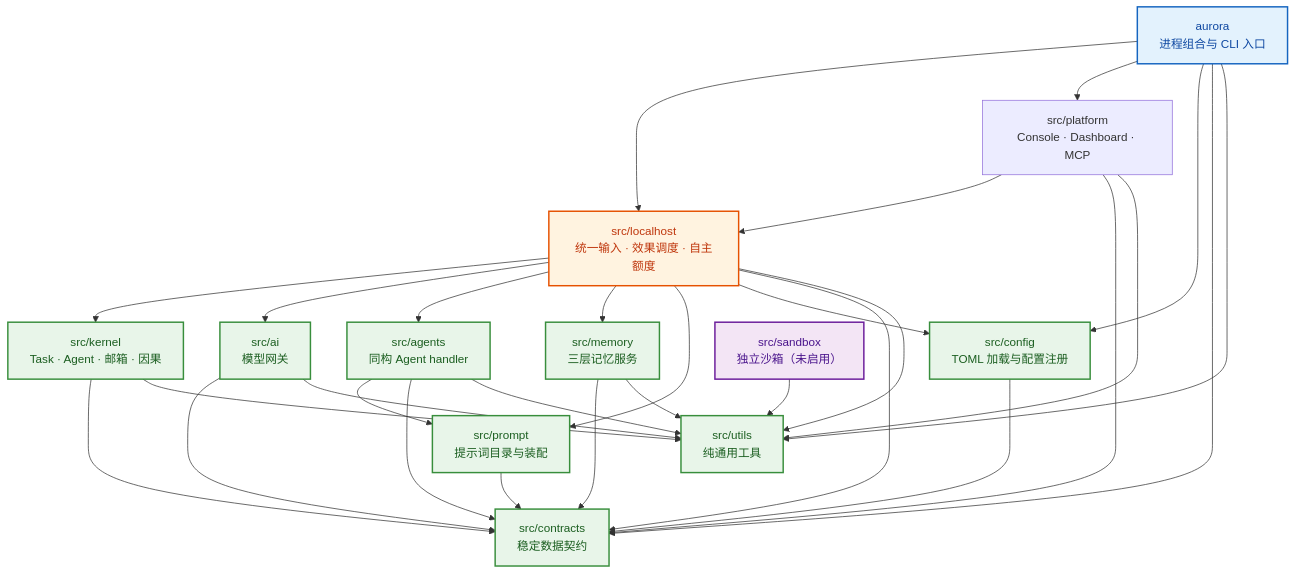
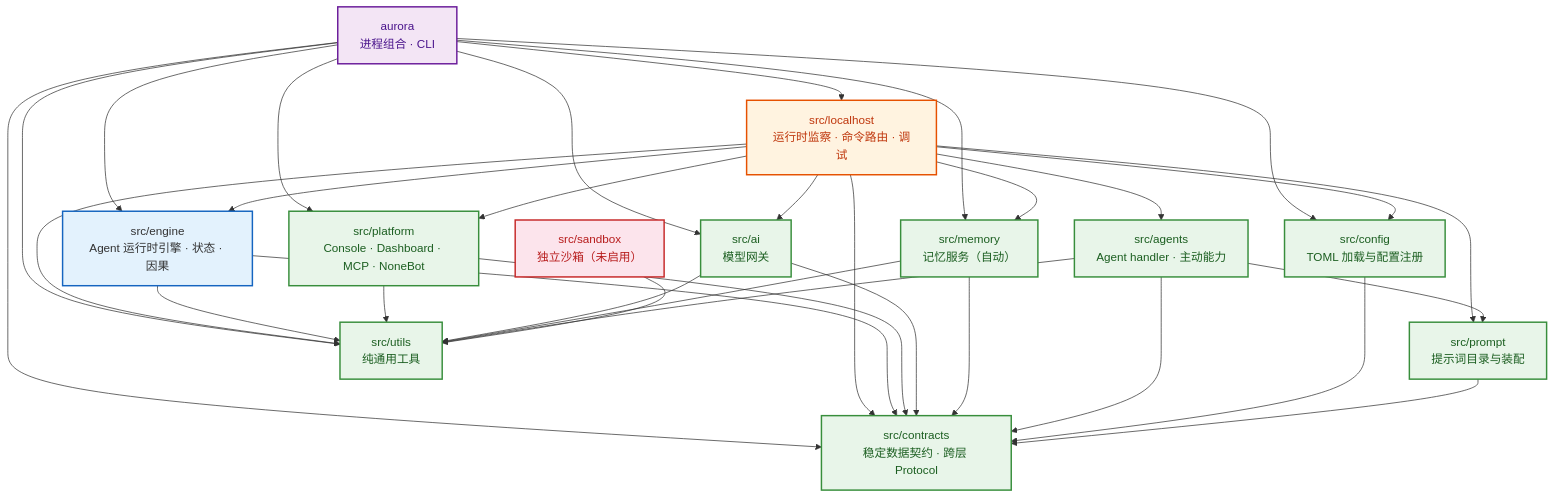
The diagram in ARCHITECTURE.md (AuroraBot-Dev/AuroraBot), drawn with Mermaid before and after one commit. The commit also changed other lines of this file and 44 other files, not shown here.

````diff
--- a/ARCHITECTURE.md
+++ b/ARCHITECTURE.md
@@ -9,62 +117,67 @@
 ```mermaid
 graph TD
-    aurora["aurora<br/>进程组合与 CLI 入口"]
-    platform["src/platform<br/>Console · Dashboard · MCP"]
-    localhost["src/localhost<br/>统一输入 · 效果调度 · 自主额度"]
-    agents["src/agents<br/>同构 Agent handler"]
+    aurora["aurora<br/>进程组合 · CLI"]
+    localhost["src/localhost<br/>运行时监察 · 命令路由 · 调试"]
+    engine["src/engine<br/>Agent 运行时引擎 · 状态 · 因果"]
+    platform["src/platform<br/>Console · Dashboard · MCP · NoneBot"]
     ai["src/ai<br/>模型网关"]
-    kernel["src/kernel<br/>Task · Agent · 邮箱 · 因果"]
-    memory["src/memory<br/>三层记忆服务"]
+    memory["src/memory<br/>记忆服务（自动）"]
+    agents["src/agents<br/>Agent handler · 主动能力"]
     config["src/config<br/>TOML 加载与配置注册"]
     prompt["src/prompt<br/>提示词目录与装配"]
-    contracts["src/contracts<br/>稳定数据契约"]
+    contracts["src/contracts<br/>稳定数据契约 · 跨层 Protocol"]
     utils["src/utils<br/>纯通用工具"]
     sandbox["src/sandbox<br/>独立沙箱（未启用）"]
 
+    aurora --> engine
     aurora --> localhost
     aurora --> platform
+    aurora --> ai
+    aurora --> memory
     aurora --> config
     aurora --> contracts
     aurora --> utils
 
-    platform --> localhost
+    localhost --> engine
+    localhost --> platform
+    localhost --> ai
+    localhost --> memory
+    localhost --> agents
+    localhost --> config
+    localhost --> prompt
+    localhost --> contracts
+    localhost --> utils
+
+    engine --> contracts
+    engine --> utils
+
     platform --> contracts
     platform --> utils
 
-    localhost --> kernel
-    localhost --> ai
-    localhost --> agents
-    localhost --> memory
-    localhost --> prompt
-    localhost --> config
-    localhost --> contracts
-    localhost --> utils
+    ai --> contracts
+    ai --> utils
+
+    memory --> contracts
+    memory --> utils
 
     agents --> prompt
     agents --> contracts
     agents --> utils
-
-    ai --> contracts
-    ai --> utils
-
-    kernel --> contracts
-    kernel --> utils
-
-    memory --> contracts
-    memory --> utils
 
     config --> contracts
 
     prompt --> contracts
 
     sandbox --> utils
 
     classDef leaf fill:#e8f5e9,stroke:#388e3c,stroke-width:2px,color:#1b5e20
-    classDef hub fill:#fff3e0,stroke:#e65100,stroke-width:2px,color:#bf360c
-    classDef proc fill:#e3f2fd,stroke:#1565c0,stroke-width:2px,color:#0d47a1
-    classDef iso fill:#f3e5f5,stroke:#6a1b9a,stroke-width:2px,color:#4a148c
-    class contracts,prompt,config,memory,kernel,ai,agents,utils leaf
-    class localhost hub
+    classDef engine fill:#e3f2fd,stroke:#1565c0,stroke-width:2px,color:#0d47 a1
+    classDef proc fill:#f3e5f5,stroke:#6a1b9a,stroke-width:2px,color:#4a148c
+    classDef inspect fill:#fff3e0,stroke:#e65100,stroke-width:2px,color:#bf360c
+    classDef iso fill:#fce4ec,stroke:#c62828,stroke-width:2px,color:#b71c1c
+    class contracts,prompt,config,memory,ai,agents,platform,utils leaf
+    class engine engine
     class aurora proc
+    class localhost inspect
     class sandbox iso
 ```
````
